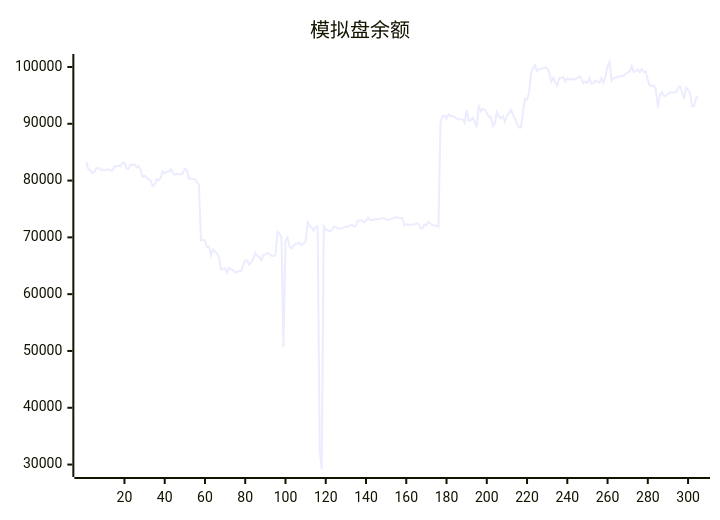
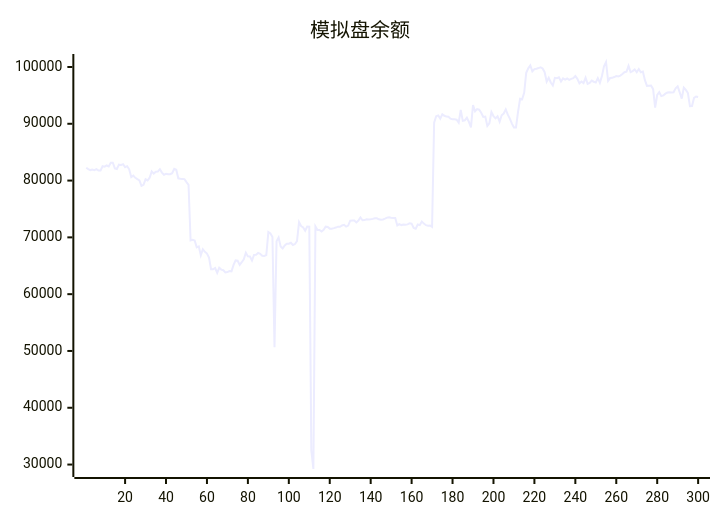
One commit to aahl/ai-trading changed the diagram in README.md. Above: the diagram before and after it, drawn with Mermaid. The commit also changed other lines of this file and 1 other file, not shown here.

````diff
--- a/README.md
+++ b/README.md
@@ -5,5 +5,5 @@
 ```mermaid
 xychart
     title "模拟盘余额"
-    line [83275,82072,81806,81344,81492,82109,82254,82006,81848,81955,81829,82022,81769,81776,82522,82441,82656,82498,83144,83144,82150,82038,82797,82763,82872,82367,82536,81981,80612,80862,80484,80242,80034,79063,79245,80226,80016,80507,81625,81233,81544,81578,82016,81401,81019,81186,81130,81118,81306,82066,81909,80392,80304,80291,80258,79729,79261,69466,69579,69456,68251,68415,66832,67911,67462,67144,66432,64380,64375,64606,63740,64647,64324,64216,63842,63877,64078,64008,65156,65945,65888,65157,65625,66144,67284,66653,66639,65924,66925,66956,67263,67108,66766,66729,66886,70927,70673,70049,50652,69334,69973,68400,68061,68578,68876,68879,69055,68662,68822,69329,72687,71999,71760,71162,71911,71896,32500,29218,71927,71297,71305,71044,71337,71883,71822,71536,71536,71622,71723,71880,71860,72100,72216,71887,72077,72940,72976,72966,72638,72948,73497,73004,73041,73173,73160,73186,73258,73375,73351,73173,73098,73161,73305,73474,73536,73457,73413,73412,72100,72333,72164,72272,72204,72285,72461,72421,71652,71521,72267,72157,72774,72424,72144,72060,72091,71858,90185,91338,91466,90900,91678,91404,91268,91244,90903,90779,90787,90721,90187,92429,90518,90619,91070,90328,89376,93286,92202,92581,92485,91947,91196,91259,89619,90086,92063,91355,90950,91327,90373,91498,91800,92531,91603,90910,90031,89351,89334,92097,94406,94315,95455,98972,99763,100286,99229,99622,99701,99805,99938,99738,99082,97430,98094,97267,96741,98081,98013,98194,97447,97983,97789,97969,97729,97911,98043,98405,97912,97120,97448,97154,98095,97021,97190,97616,97402,97263,98035,97210,98424,100120,100876,97552,98049,98085,98228,98388,98342,98488,98750,99086,99181,100188,99107,99272,99553,99072,99636,99061,99186,97674,96679,96704,96743,96096,92830,95088,95560,94866,94995,95295,95497,95531,95527,95559,96236,96597,95538,94422,96363,95972,95418,93094,93128,94558,94795]
+    line [82254,82006,81848,81955,81829,82022,81769,81776,82522,82441,82656,82498,83144,83144,82150,82038,82797,82763,82872,82367,82536,81981,80612,80862,80484,80242,80034,79063,79245,80226,80016,80507,81625,81233,81544,81578,82016,81401,81019,81186,81130,81118,81306,82066,81909,80392,80304,80291,80258,79729,79261,69466,69579,69456,68251,68415,66832,67911,67462,67144,66432,64380,64375,64606,63740,64647,64324,64216,63842,63877,64078,64008,65156,65945,65888,65157,65625,66144,67284,66653,66639,65924,66925,66956,67263,67108,66766,66729,66886,70927,70673,70049,50652,69334,69973,68400,68061,68578,68876,68879,69055,68662,68822,69329,72687,71999,71760,71162,71911,71896,32500,29218,71927,71297,71305,71044,71337,71883,71822,71536,71536,71622,71723,71880,71860,72100,72216,71887,72077,72940,72976,72966,72638,72948,73497,73004,73041,73173,73160,73186,73258,73375,73351,73173,73098,73161,73305,73474,73536,73457,73413,73412,72100,72333,72164,72272,72204,72285,72461,72421,71652,71521,72267,72157,72774,72424,72144,72060,72091,71858,90185,91338,91466,90900,91678,91404,91268,91244,90903,90779,90787,90721,90187,92429,90518,90619,91070,90328,89376,93286,92202,92581,92485,91947,91196,91259,89619,90086,92063,91355,90950,91327,90373,91498,91800,92531,91603,90910,90031,89351,89334,92097,94406,94315,95455,98972,99763,100286,99229,99622,99701,99805,99938,99738,99082,97430,98094,97267,96741,98081,98013,98194,97447,97983,97789,97969,97729,97911,98043,98405,97912,97120,97448,97154,98095,97021,97190,97616,97402,97263,98035,97210,98424,100120,100876,97552,98049,98085,98228,98388,98342,98488,98750,99086,99181,100188,99107,99272,99553,99072,99636,99061,99186,97674,96679,96704,96743,96096,92830,95088,95560,94866,94995,95295,95497,95531,95527,95559,96236,96597,95538,94422,96363,95972,95418,93094,93128,94558,94795,94727]
 ```
````
